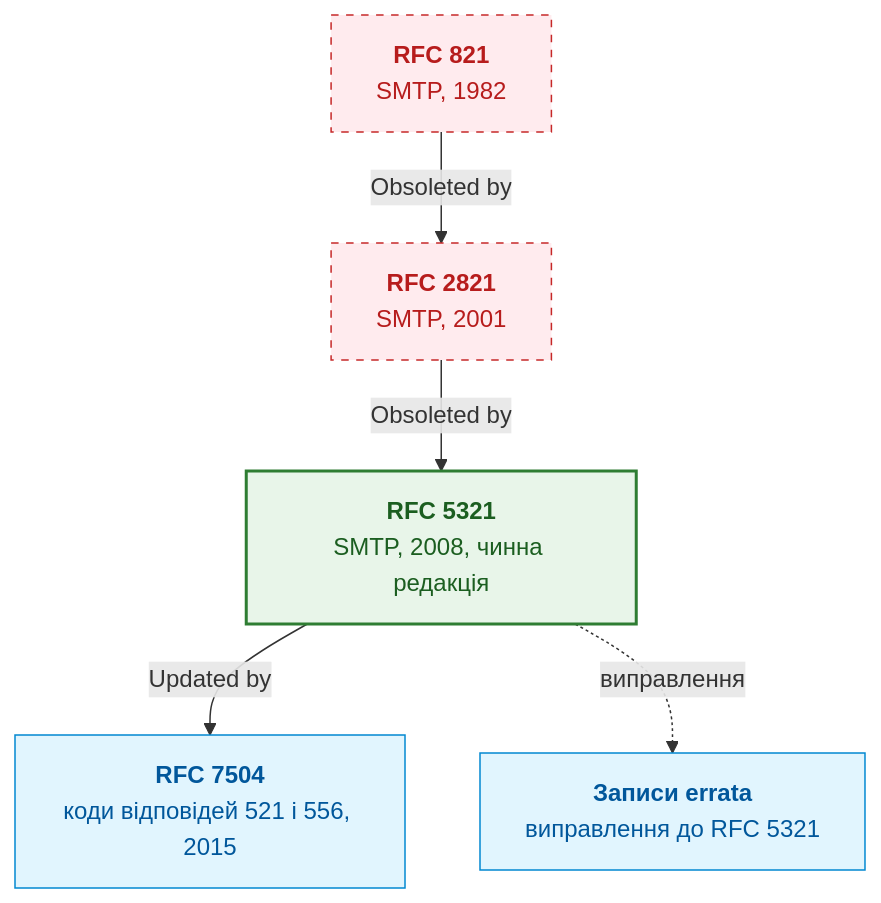
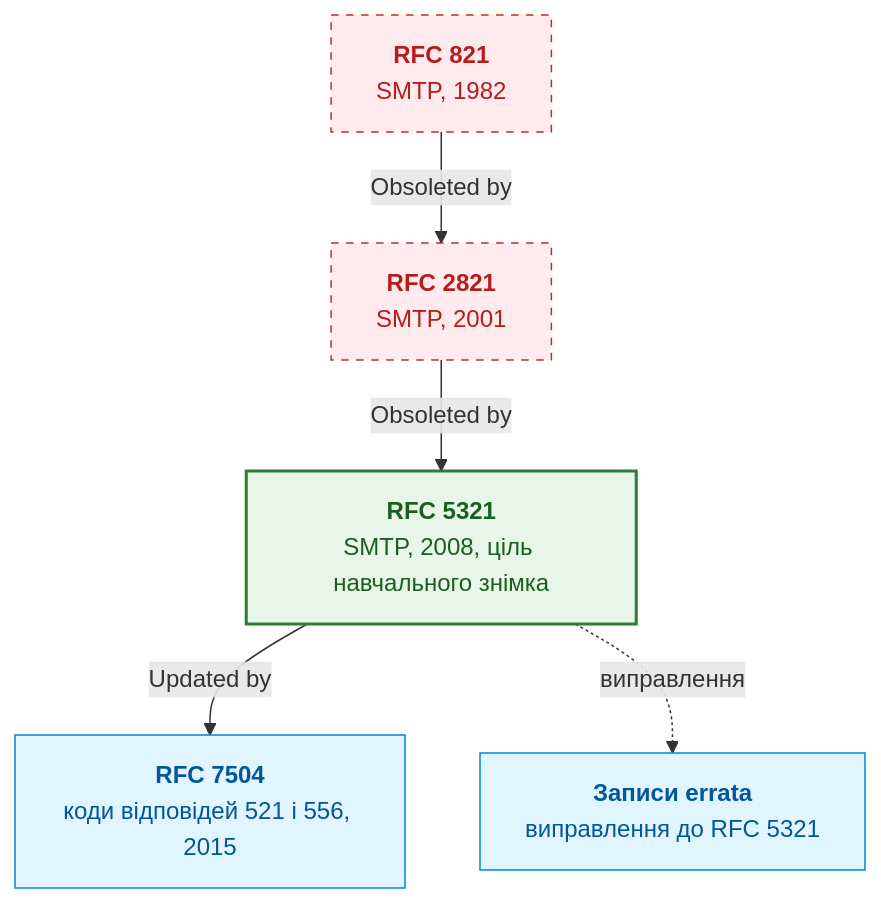
Before and after one commit to nick-fedchik/articles: the sixth of 12 diagrams in ExpertSystem/ch15-knowledge-extraction-and-kb-construction.md, drawn with Mermaid. The commit also changed other lines of this file and 7 other files, not shown here.

````diff
--- a/ExpertSystem/ch15-knowledge-extraction-and-kb-construction.md
+++ b/ExpertSystem/ch15-knowledge-extraction-and-kb-construction.md
@@ -986,24 +1133,24 @@
 ```mermaid
 flowchart TD
     accTitle: Граф версій специфікації SMTP
     accDescr: RFC 821 скасовано RFC 2821, RFC 2821 скасовано RFC 5321, RFC 7504 оновлює RFC 5321, до RFC 5321 опубліковано записи про помилки.
 
     RFC821["<b>RFC 821</b><br/>SMTP, 1982"]
     RFC2821["<b>RFC 2821</b><br/>SMTP, 2001"]
-    RFC5321["<b>RFC 5321</b><br/>SMTP, 2008, чинна редакція"]
+    RFC5321["<b>RFC 5321</b><br/>SMTP, 2008, ціль навчального знімка"]
     RFC7504["<b>RFC 7504</b><br/>коди відповідей 521 і 556, 2015"]
     Errata["<b>Записи errata</b><br/>виправлення до RFC 5321"]
 
     RFC821 -->|Obsoleted by| RFC2821
     RFC2821 -->|Obsoleted by| RFC5321
     RFC5321 -->|Updated by| RFC7504
     RFC5321 -.->|виправлення| Errata
 
     classDef current fill:#e8f5e9,stroke:#2e7d32,stroke-width:2px,color:#1b5e20;
     classDef old fill:#ffebee,stroke:#c62828,stroke-dasharray:5 5,color:#b71c1c;
     classDef ext fill:#e1f5fe,stroke:#0288d1,stroke-width:1px,color:#01579b;
 
     class RFC5321 current;
     class RFC821,RFC2821 old;
     class RFC7504,Errata ext;
 ```
````
